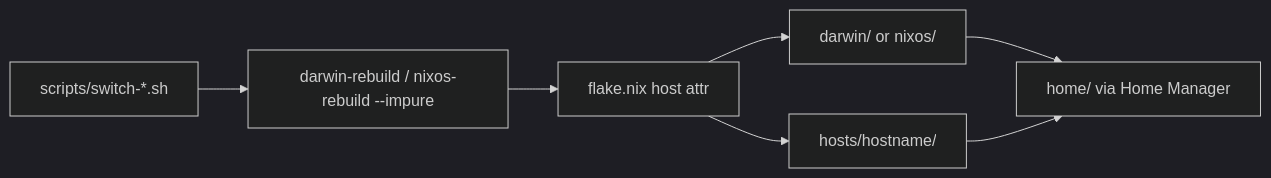
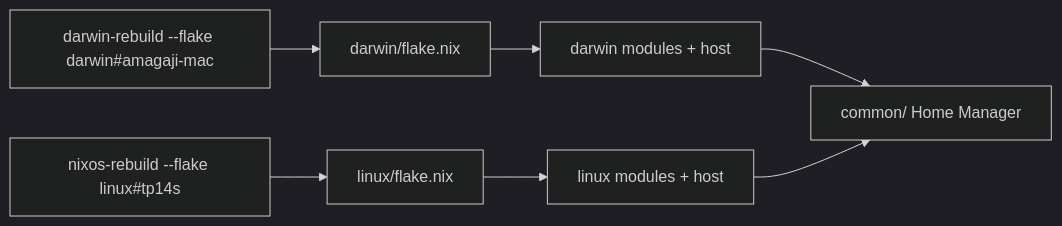
Before and after one commit to anhedonix/nix-config: the diagram in README.md, drawn with Mermaid (dark theme). The commit also changed other lines of this file, not shown here.

First line of the commit message:
docs: rewrite README for dual-flake darwin/linux layout

````diff
--- a/README.md
+++ b/README.md
@@ -71,9 +60,9 @@
 ```mermaid
 flowchart LR
-  switchScript["scripts/switch-*.sh"] --> rebuild["darwin-rebuild / nixos-rebuild --impure"]
-  rebuild --> flake["flake.nix host attr"]
-  flake --> platform["darwin/ or nixos/"]
-  flake --> host["hosts/hostname/"]
-  platform --> hm["home/ via Home Manager"]
-  host --> hm
+  rebuildMac["darwin-rebuild --flake darwin#amagaji-mac"] --> darwinFlake["darwin/flake.nix"]
+  rebuildLinux["nixos-rebuild --flake linux#tp14s"] --> linuxFlake["linux/flake.nix"]
+  darwinFlake --> darwinMods["darwin modules + host"]
+  linuxFlake --> linuxMods["linux modules + host"]
+  darwinMods --> common["common/ Home Manager"]
+  linuxMods --> common
 ```
````
